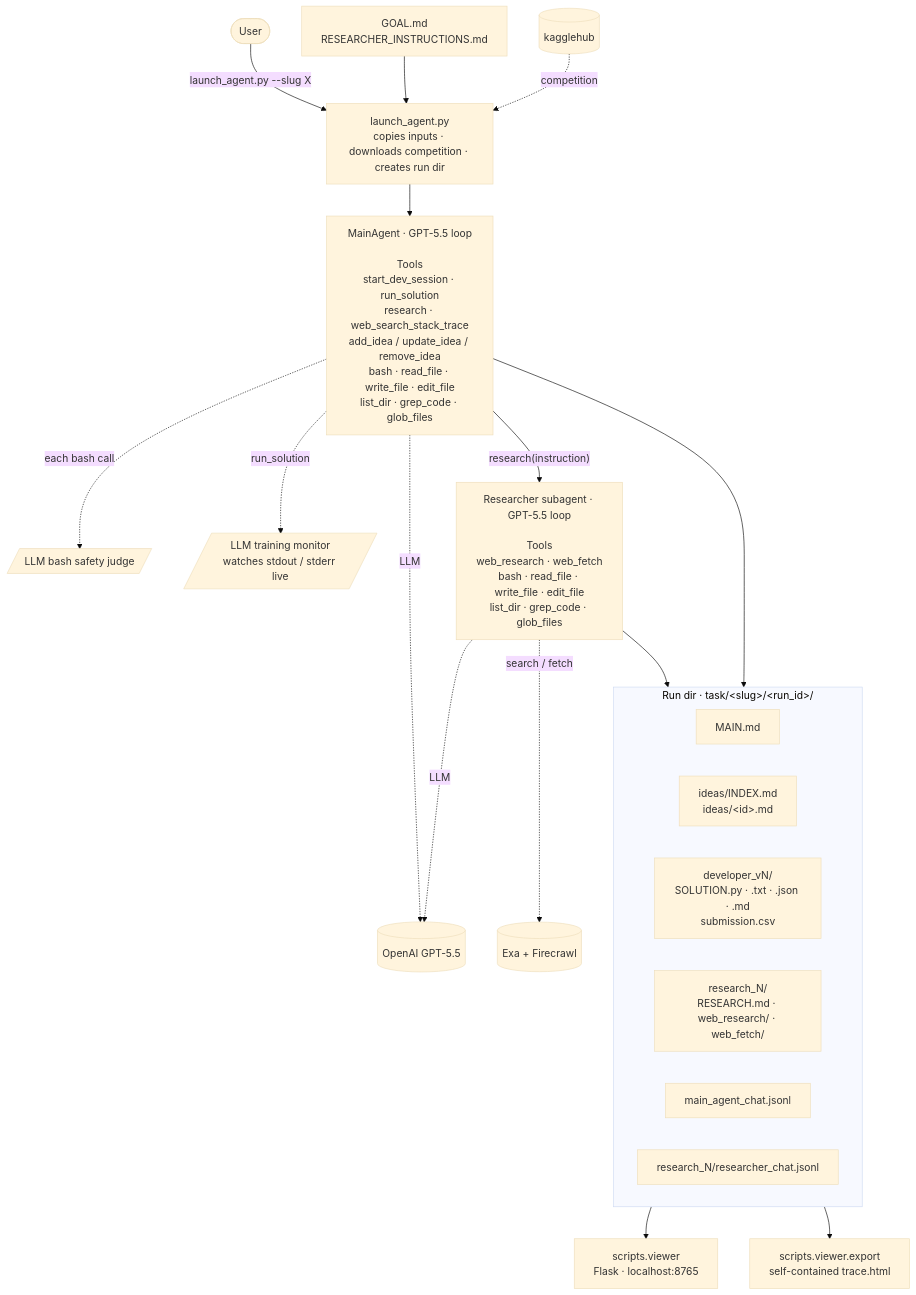
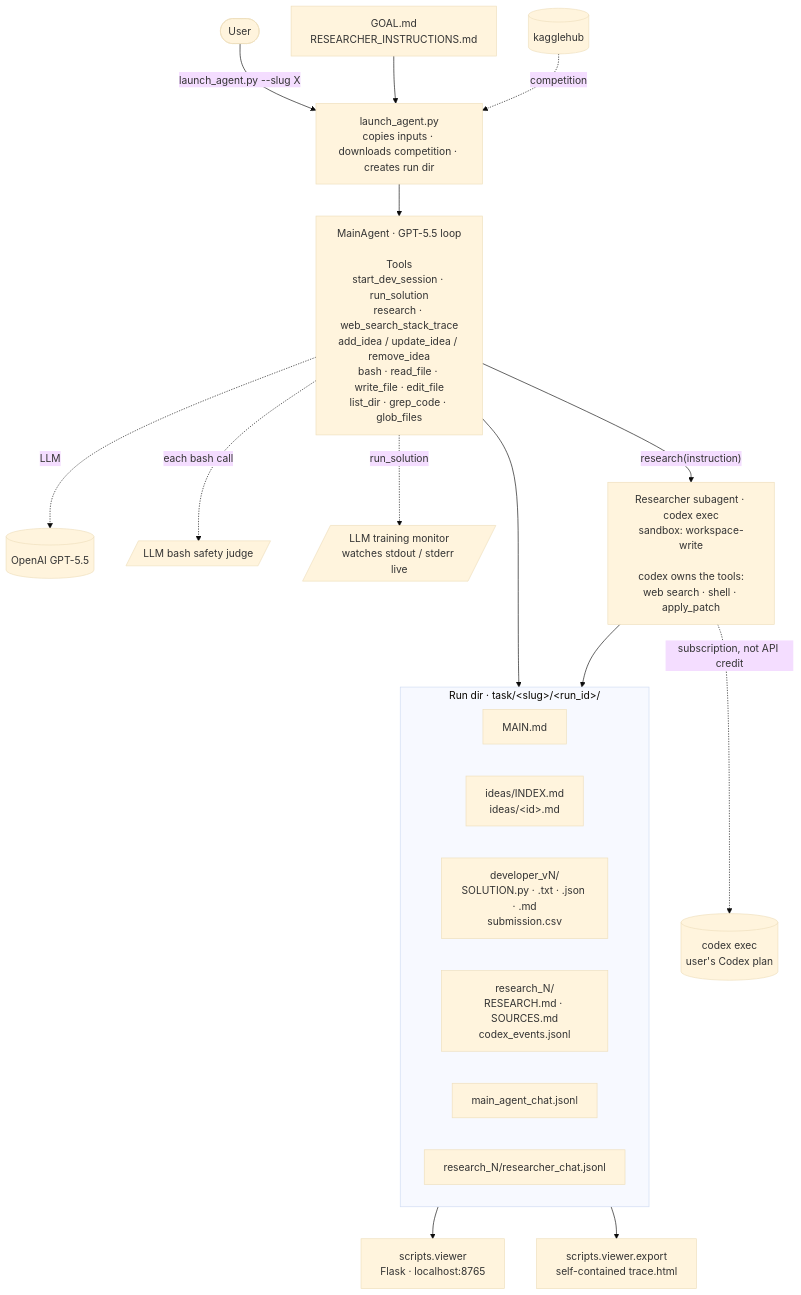
Before and after one commit to bogoconic1/Qgentic-AI: the diagram in README.md, drawn with Mermaid (base theme). The commit also changed other lines of this file and 7 other files, not shown here.

Commit message:
Run the Researcher subagent on codex exec instead of the API

````diff
--- a/README.md
+++ b/README.md
@@ -90,37 +91,36 @@
 ```mermaid
 flowchart TB
     USER(["User"])
     GOAL["GOAL.md<br/>RESEARCHER_INSTRUCTIONS.md"]
     KH[("kagglehub")]
     LLM[("OpenAI GPT-5.5")]
-    WEB[("Exa + Firecrawl")]
+    CODEX[("codex exec<br/>user's Codex plan")]
 
     USER -->|"launch_agent.py --slug X"| LA["launch_agent.py<br/>copies inputs · downloads competition · creates run dir"]
     GOAL --> LA
     KH -. competition .-> LA
 
     LA --> MA["MainAgent · GPT-5.5 loop<br/><br/>Tools<br/>start_dev_session · run_solution<br/>research · web_search_stack_trace<br/>add_idea / update_idea / remove_idea<br/>bash · read_file · write_file · edit_file<br/>list_dir · grep_code · glob_files"]
 
     MA -. each bash call .-> JUDGE[/"LLM bash safety judge"/]
     MA -. run_solution .-> MON[/"LLM training monitor<br/>watches stdout / stderr live"/]
     MA -. LLM .-> LLM
 
-    MA -->|"research(instruction)"| RA["Researcher subagent · GPT-5.5 loop<br/><br/>Tools<br/>web_research · web_fetch<br/>bash · read_file · write_file · edit_file<br/>list_dir · grep_code · glob_files"]
-    RA -. LLM .-> LLM
-    RA -. search / fetch .-> WEB
+    MA -->|"research(instruction)"| RA["Researcher subagent · codex exec<br/>sandbox: workspace-write<br/><br/>codex owns the tools:<br/>web search · shell · apply_patch"]
+    RA -. subscription, not API credit .-> CODEX
 
     MA --> RD
     RA --> RD
     subgraph RD["Run dir · task/&lt;slug&gt;/&lt;run_id&gt;/"]
       direction LR
       MAIN["MAIN.md"]
       IDEAS["ideas/INDEX.md<br/>ideas/&lt;id&gt;.md"]
       DEV["developer_vN/<br/>SOLUTION.py · .txt · .json · .md<br/>submission.csv"]
-      RES["research_N/<br/>RESEARCH.md · web_research/ · web_fetch/"]
+      RES["research_N/<br/>RESEARCH.md · SOURCES.md<br/>codex_events.jsonl"]
       LOG1["main_agent_chat.jsonl"]
       LOG2["research_N/researcher_chat.jsonl"]
     end
 
     RD --> VS["scripts.viewer<br/>Flask · localhost:8765"]
     RD --> VE["scripts.viewer.export<br/>self-contained trace.html"]
 ```
````
